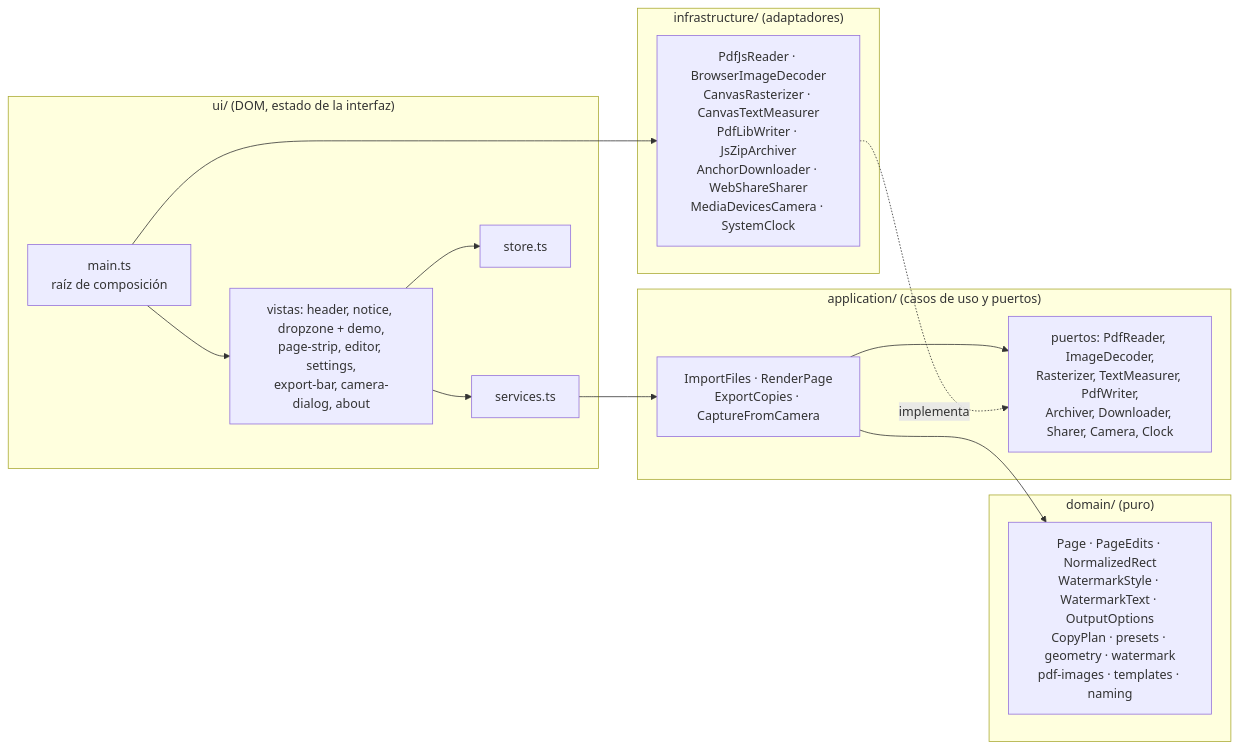
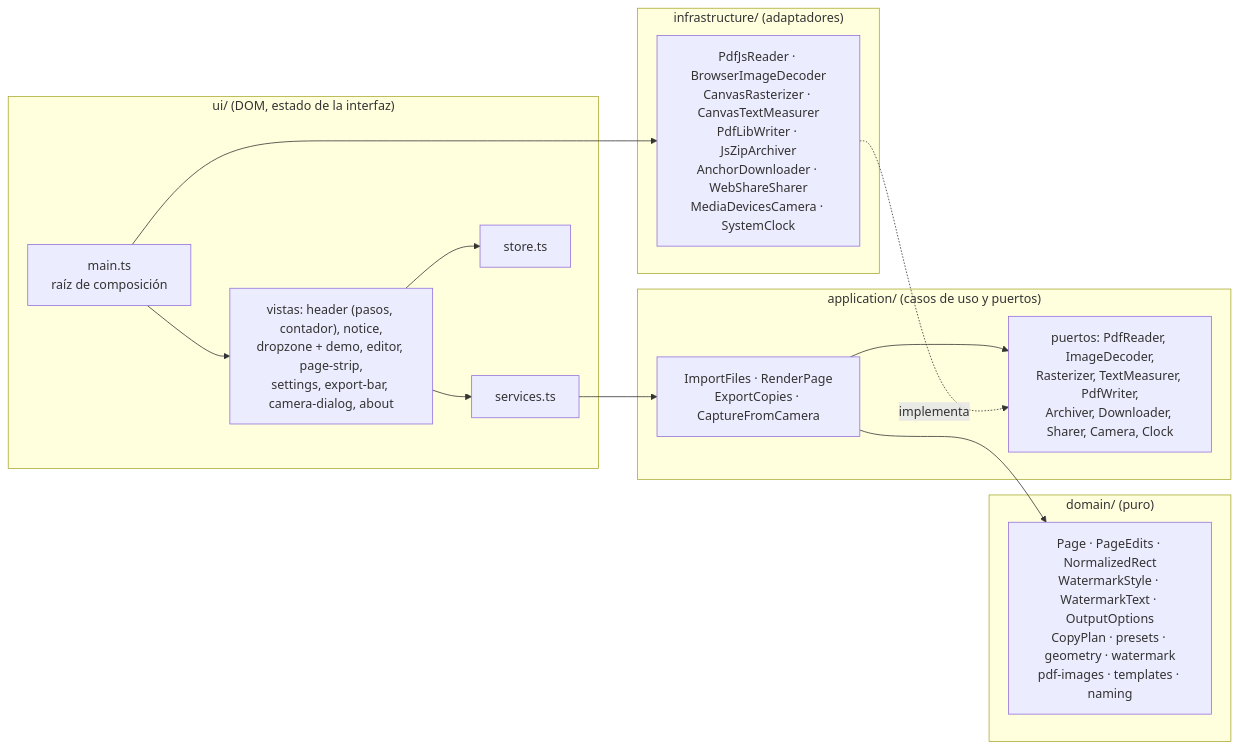
One commit to hbonavota/copia-segura changed the diagram in docs/arquitectura.md. Above: the diagram before and after it, drawn with Mermaid. The commit also changed other lines of this file and 8 other files, not shown here.

````diff
--- a/docs/arquitectura.md
+++ b/docs/arquitectura.md
@@ -7,25 +7,25 @@
 ```mermaid
 flowchart LR
   subgraph ui["ui/ (DOM, estado de la interfaz)"]
     Main["main.ts<br/>raíz de composición"]
-    Views["vistas: header, notice, dropzone + demo,<br/>page-strip, editor, settings,<br/>export-bar, camera-dialog, about"]
+    Views["vistas: header (pasos, contador), notice,<br/>dropzone + demo, editor, page-strip,<br/>settings, export-bar, camera-dialog, about"]
     Services["services.ts"]
     Store["store.ts"]
   end
   subgraph app["application/ (casos de uso y puertos)"]
     UC["ImportFiles · RenderPage<br/>ExportCopies · CaptureFromCamera"]
     Ports["puertos: PdfReader, ImageDecoder,<br/>Rasterizer, TextMeasurer, PdfWriter,<br/>Archiver, Downloader, Sharer, Camera, Clock"]
   end
   subgraph dom["domain/ (puro)"]
     D["Page · PageEdits · NormalizedRect<br/>WatermarkStyle · WatermarkText · OutputOptions<br/>CopyPlan · presets · geometry · watermark<br/>pdf-images · templates · naming"]
   end
   subgraph infra["infrastructure/ (adaptadores)"]
     I["PdfJsReader · BrowserImageDecoder<br/>CanvasRasterizer · CanvasTextMeasurer<br/>PdfLibWriter · JsZipArchiver<br/>AnchorDownloader · WebShareSharer<br/>MediaDevicesCamera · SystemClock"]
   end
   Main --> Views --> Store
   Views --> Services --> UC
   UC --> Ports
   UC --> D
   I -. implementa .-> Ports
   Main --> I
 ```
````
